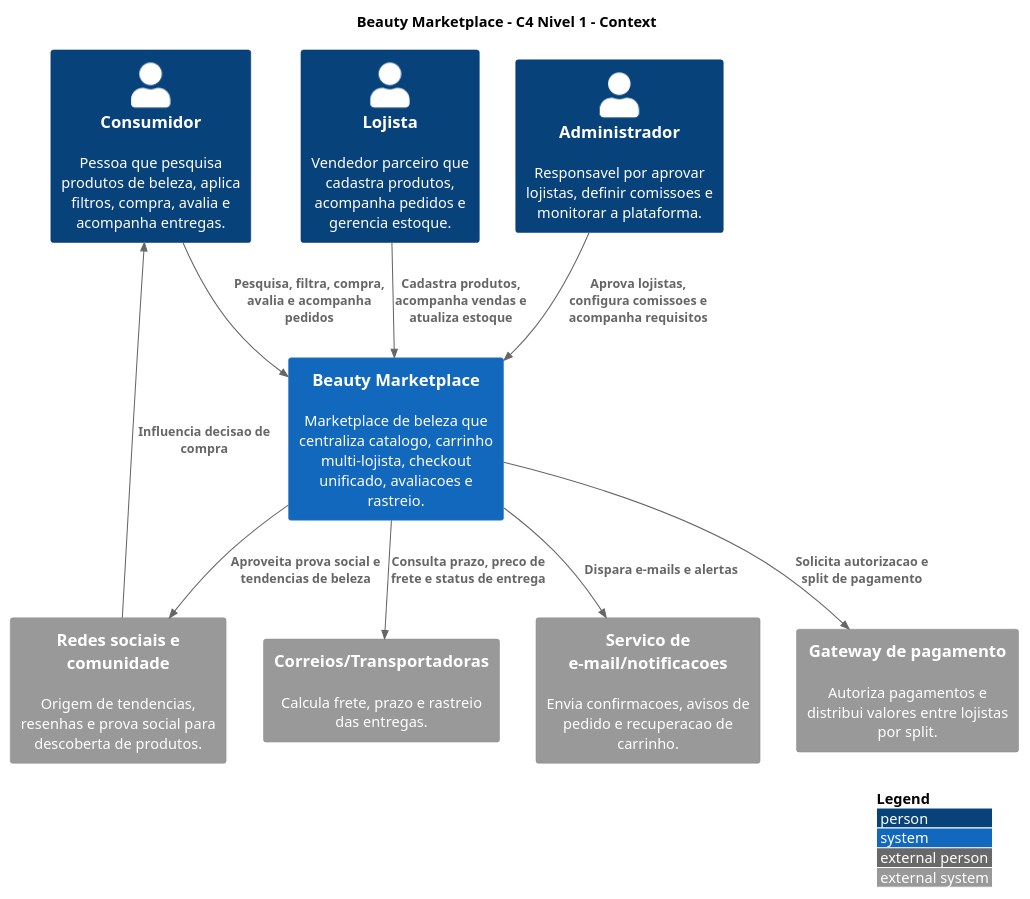
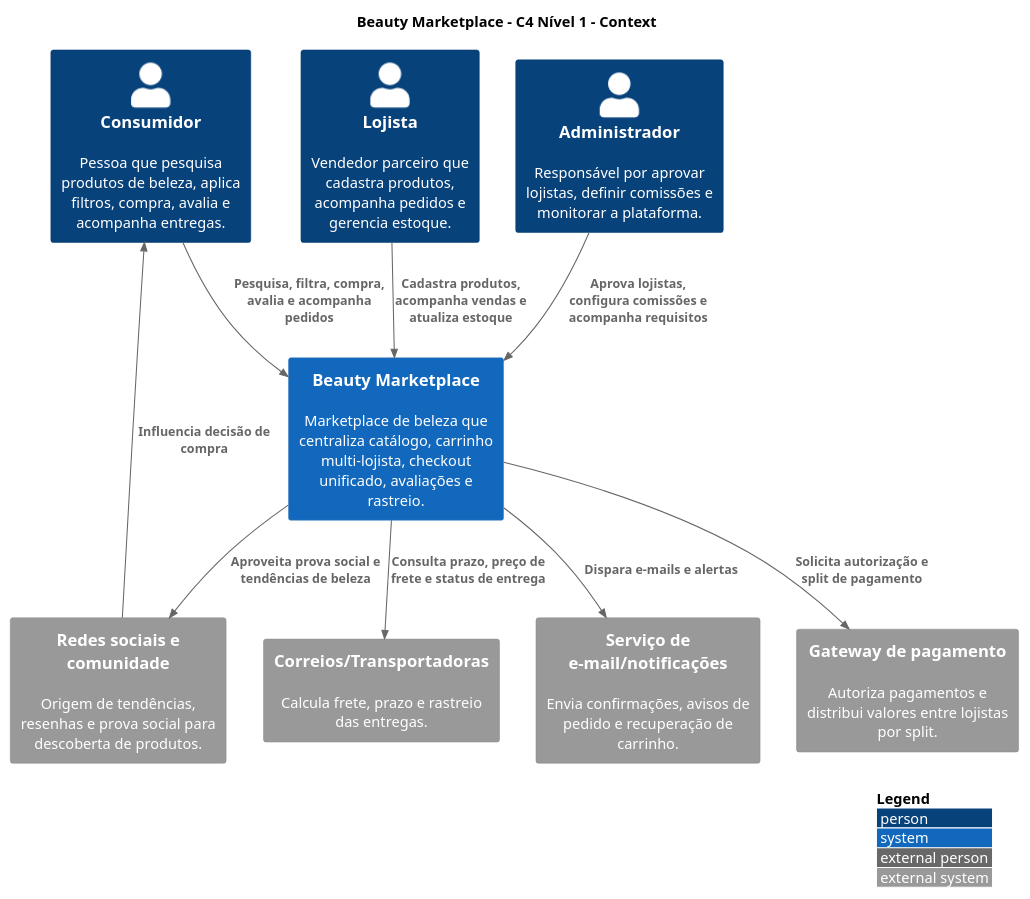
The diagram in docs/Entrega 3/diagramas/c1-context.puml (EduardoSilvaNegreiros/TrabalhoFaculdade5Semestre2026), drawn with PlantUML before and after one commit. The commit also changed other lines of this file and 32 other files, not shown here.

```diff
--- a/docs/Entrega 3/diagramas/c1-context.puml
+++ b/docs/Entrega 3/diagramas/c1-context.puml
@@ -1,28 +1,28 @@
 @startuml C1_Context_Beauty_Marketplace
 !include https://raw.githubusercontent.com/plantuml-stdlib/C4-PlantUML/master/C4_Context.puml
 
 LAYOUT_WITH_LEGEND()
-title Beauty Marketplace - C4 Nivel 1 - Context
+title Beauty Marketplace - C4 Nível 1 - Context
 
 Person(consumidor, "Consumidor", "Pessoa que pesquisa produtos de beleza, aplica filtros, compra, avalia e acompanha entregas.")
 Person(lojista, "Lojista", "Vendedor parceiro que cadastra produtos, acompanha pedidos e gerencia estoque.")
-Person(admin, "Administrador", "Responsavel por aprovar lojistas, definir comissoes e monitorar a plataforma.")
+Person(admin, "Administrador", "Responsável por aprovar lojistas, definir comissões e monitorar a plataforma.")
 
-System(beauty, "Beauty Marketplace", "Marketplace de beleza que centraliza catalogo, carrinho multi-lojista, checkout unificado, avaliacoes e rastreio.")
+System(beauty, "Beauty Marketplace", "Marketplace de beleza que centraliza catálogo, carrinho multi-lojista, checkout unificado, avaliações e rastreio.")
 
 System_Ext(pgto, "Gateway de pagamento", "Autoriza pagamentos e distribui valores entre lojistas por split.")
 System_Ext(frete, "Correios/Transportadoras", "Calcula frete, prazo e rastreio das entregas.")
-System_Ext(notif, "Servico de e-mail/notificacoes", "Envia confirmacoes, avisos de pedido e recuperacao de carrinho.")
-System_Ext(comunidade, "Redes sociais e comunidade", "Origem de tendencias, resenhas e prova social para descoberta de produtos.")
+System_Ext(notif, "Serviço de e-mail/notificações", "Envia confirmações, avisos de pedido e recuperação de carrinho.")
+System_Ext(comunidade, "Redes sociais e comunidade", "Origem de tendências, resenhas e prova social para descoberta de produtos.")
 
 Rel(consumidor, beauty, "Pesquisa, filtra, compra, avalia e acompanha pedidos")
 Rel(lojista, beauty, "Cadastra produtos, acompanha vendas e atualiza estoque")
-Rel(admin, beauty, "Aprova lojistas, configura comissoes e acompanha requisitos")
+Rel(admin, beauty, "Aprova lojistas, configura comissões e acompanha requisitos")
 
-Rel(beauty, pgto, "Solicita autorizacao e split de pagamento")
-Rel(beauty, frete, "Consulta prazo, preco de frete e status de entrega")
+Rel(beauty, pgto, "Solicita autorização e split de pagamento")
+Rel(beauty, frete, "Consulta prazo, preço de frete e status de entrega")
 Rel(beauty, notif, "Dispara e-mails e alertas")
-Rel(comunidade, consumidor, "Influencia decisao de compra")
-Rel(beauty, comunidade, "Aproveita prova social e tendencias de beleza")
+Rel(comunidade, consumidor, "Influencia decisão de compra")
+Rel(beauty, comunidade, "Aproveita prova social e tendências de beleza")
 
 @enduml
```
